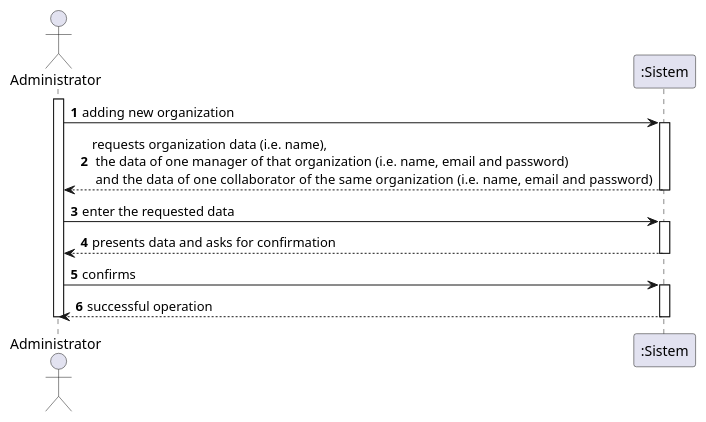
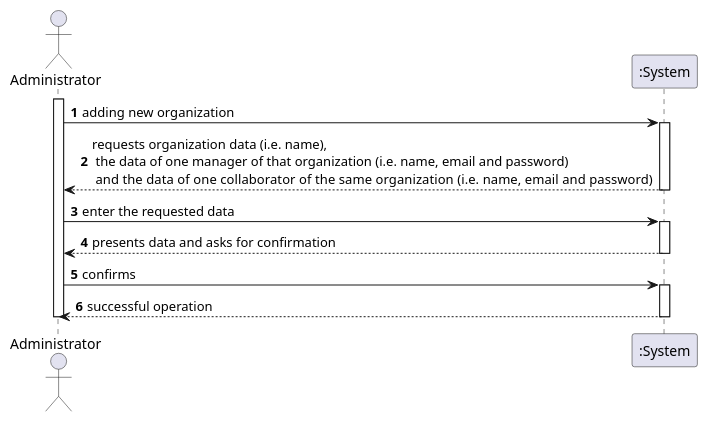
Before and after one commit to botelho-io/lapr2-2020-g029: the diagram in docs/UC_08/UC08_SSD.puml, drawn with PlantUML. The commit also changed 20 other files, not shown here.

```diff
--- a/docs/UC_08/UC08_SSD.puml
+++ b/docs/UC_08/UC08_SSD.puml
@@ -1,22 +1,22 @@
 @startuml
 autonumber
 actor Administrator as A
 
 activate A
-A -> ":Sistem" : adding new organization
-activate ":Sistem"
-":Sistem" --> A : requests organization data (i.e. name),\n the data of one manager of that organization (i.e. name, email and password)\n and  the data of one collaborator of the same organization  (i.e. name, email and password)
-deactivate ":Sistem"
+A -> ":System" : adding new organization
+activate ":System"
+":System" --> A : requests organization data (i.e. name),\n the data of one manager of that organization (i.e. name, email and password)\n and  the data of one collaborator of the same organization  (i.e. name, email and password)
+deactivate ":System"
 
-A -> ":Sistem" : enter the requested data
-activate ":Sistem"
-":Sistem" --> A : presents data and asks for confirmation
-deactivate ":Sistem"
+A -> ":System" : enter the requested data
+activate ":System"
+":System" --> A : presents data and asks for confirmation
+deactivate ":System"
 
-A -> ":Sistem" : confirms
-activate ":Sistem"
-":Sistem" --> A : successful operation
-deactivate ":Sistem"
+A -> ":System" : confirms
+activate ":System"
+":System" --> A : successful operation
+deactivate ":System"
 
 deactivate A
 @enduml
```
